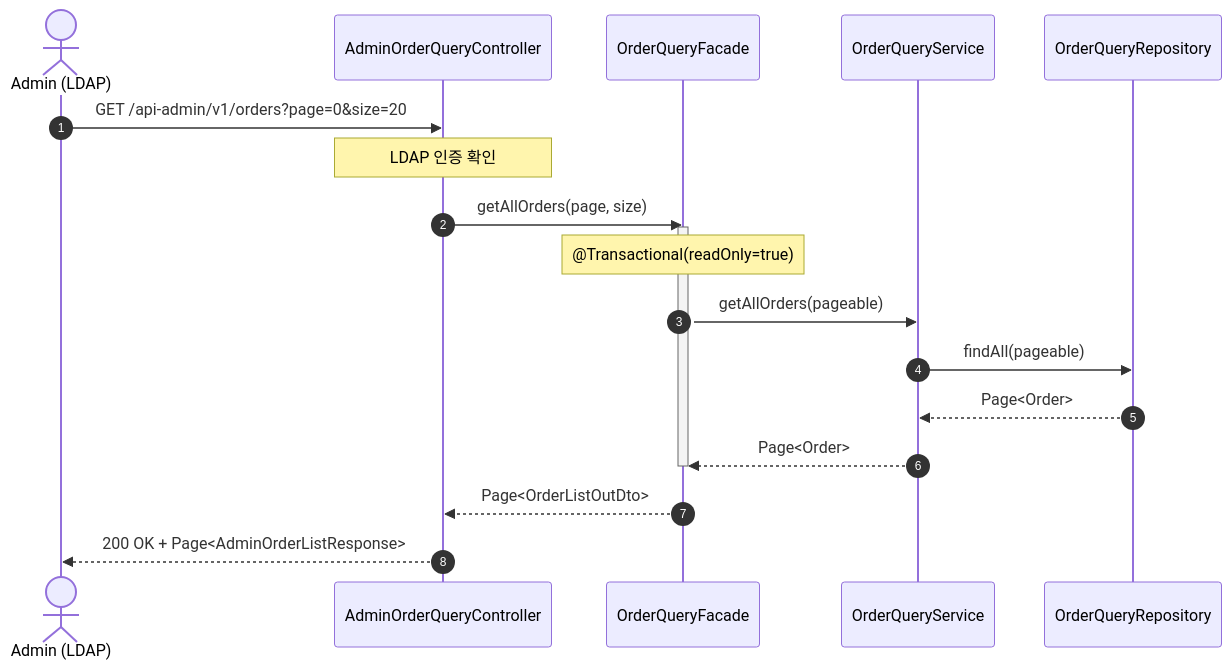
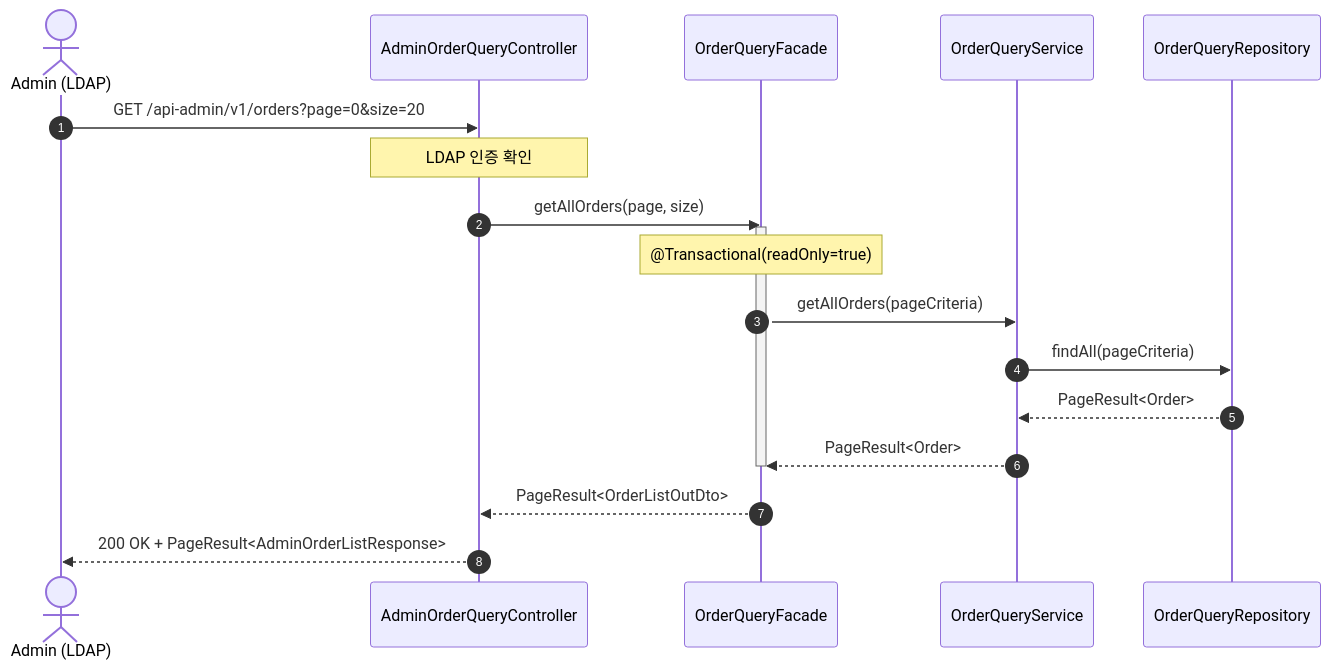
Diagram 25 of 26 in docs/design/02-sequence-diagrams.md (Hwan0518/loop-pack-be-l2-vol3-java), drawn with Mermaid before and after one commit. The commit also changed other lines of this file and 7 other files, not shown here.

````diff
--- a/docs/design/02-sequence-diagrams.md
+++ b/docs/design/02-sequence-diagrams.md
@@ -1263,22 +1263,22 @@
 ```mermaid
 sequenceDiagram
     autonumber
     actor Admin as Admin (LDAP)
     participant Controller as AdminOrderQueryController
     participant Facade as OrderQueryFacade
     participant Service as OrderQueryService
     participant Repository as OrderQueryRepository
 
     Admin->>Controller: GET /api-admin/v1/orders?page=0&size=20
     Note over Controller: LDAP 인증 확인
     Controller->>Facade: getAllOrders(page, size)
     activate Facade
     Note over Facade: @Transactional(readOnly=true)
-    Facade->>Service: getAllOrders(pageable)
-    Service->>Repository: findAll(pageable)
-    Repository-->>Service: Page<Order>
-    Service-->>Facade: Page<Order>
+    Facade->>Service: getAllOrders(pageCriteria)
+    Service->>Repository: findAll(pageCriteria)
+    Repository-->>Service: PageResult<Order>
+    Service-->>Facade: PageResult<Order>
     deactivate Facade
-    Facade-->>Controller: Page<OrderListOutDto>
-    Controller-->>Admin: 200 OK + Page<AdminOrderListResponse>
+    Facade-->>Controller: PageResult<OrderListOutDto>
+    Controller-->>Admin: 200 OK + PageResult<AdminOrderListResponse>
 ```
````
